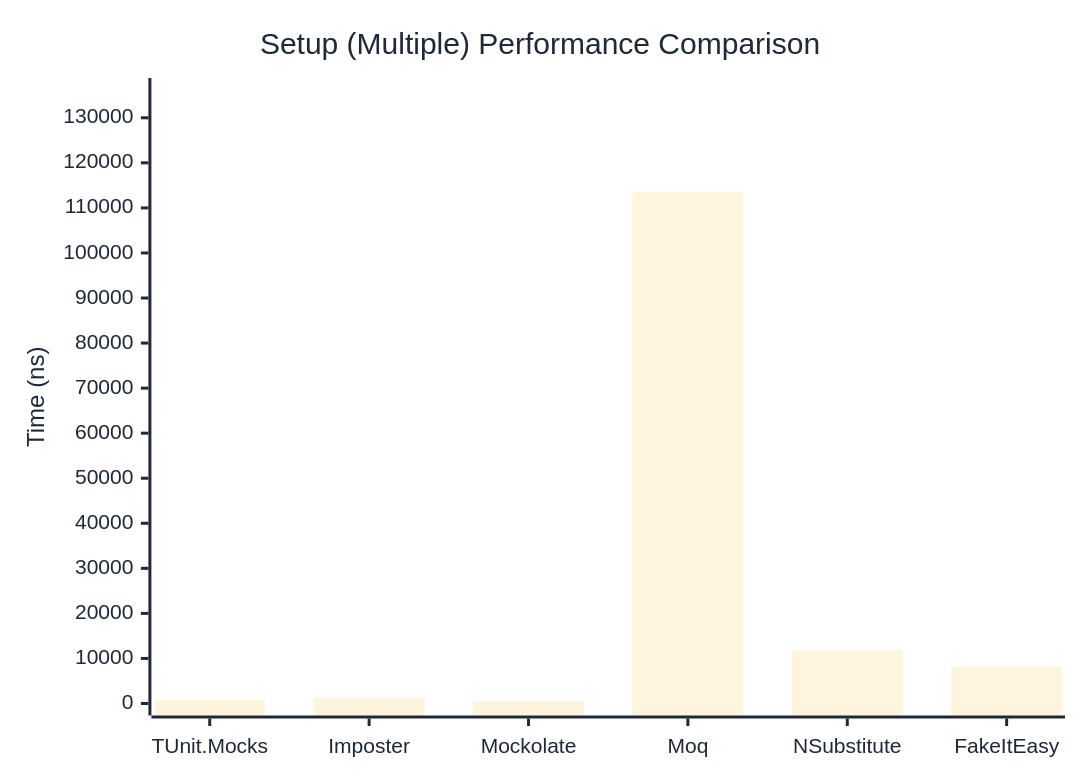
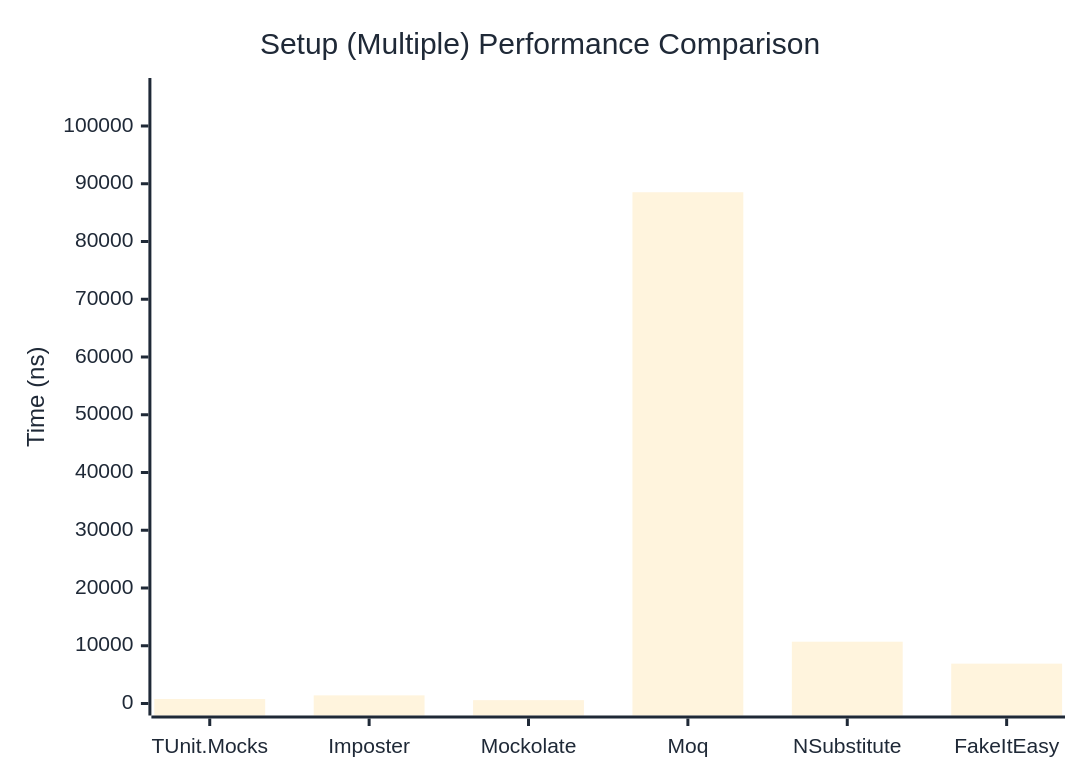
The second of 2 diagrams in docs/docs/benchmarks/mocks/Setup.md (thomhurst/TUnit), drawn with Mermaid before and after one commit. The commit also changed other lines of this file and 14 other files, not shown here.

````diff
--- a/docs/docs/benchmarks/mocks/Setup.md
+++ b/docs/docs/benchmarks/mocks/Setup.md
@@ -69,27 +69,27 @@
 ```mermaid
 %%{init: {
   'theme':'base',
   'themeVariables': {
     'primaryColor': '#2563eb',
     'primaryTextColor': '#1f2937',
     'primaryBorderColor': '#1e40af',
     'lineColor': '#6b7280',
     'secondaryColor': '#7c3aed',
     'tertiaryColor': '#dc2626',
     'background': '#ffffff',
     'pie1': '#2563eb',
     'pie2': '#7c3aed',
     'pie3': '#dc2626',
     'pie4': '#f59e0b',
     'pie5': '#10b981',
     'pie6': '#06b6d4',
     'pie7': '#ec4899',
     'pie8': '#6366f1'
   }
 }}%%
 xychart-beta
   title "Setup (Multiple) Performance Comparison"
   x-axis ["TUnit.Mocks", "Imposter", "Mockolate", "Moq", "NSubstitute", "FakeItEasy"]
-  y-axis "Time (ns)" 0 --> 136171
-  bar [740.6, 1331.4, 539.6, 113475.6, 11943.4, 8207.8]
+  y-axis "Time (ns)" 0 --> 106233
+  bar [783.3, 1406.8, 577.8, 88527.5, 10702.7, 6901.6]
 ```
````
